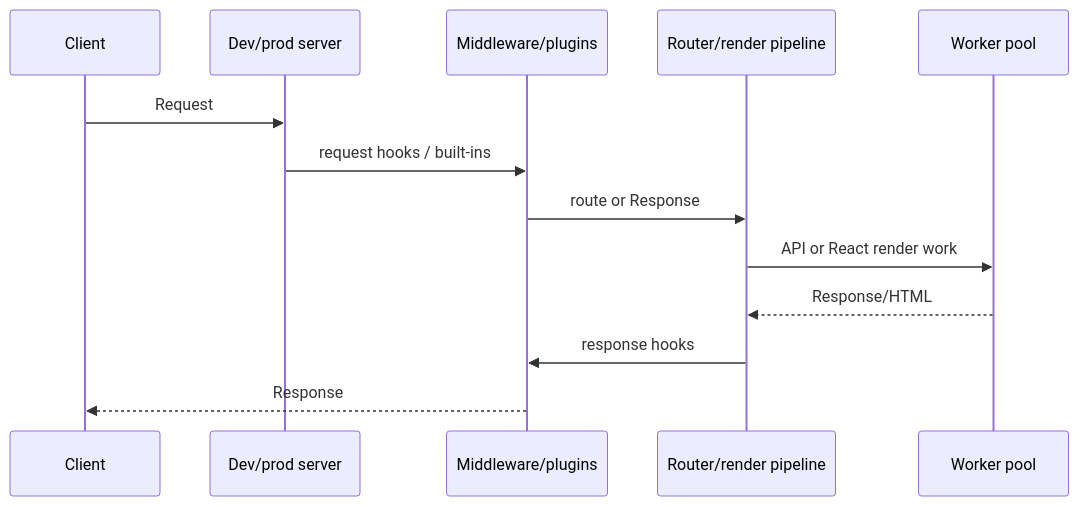
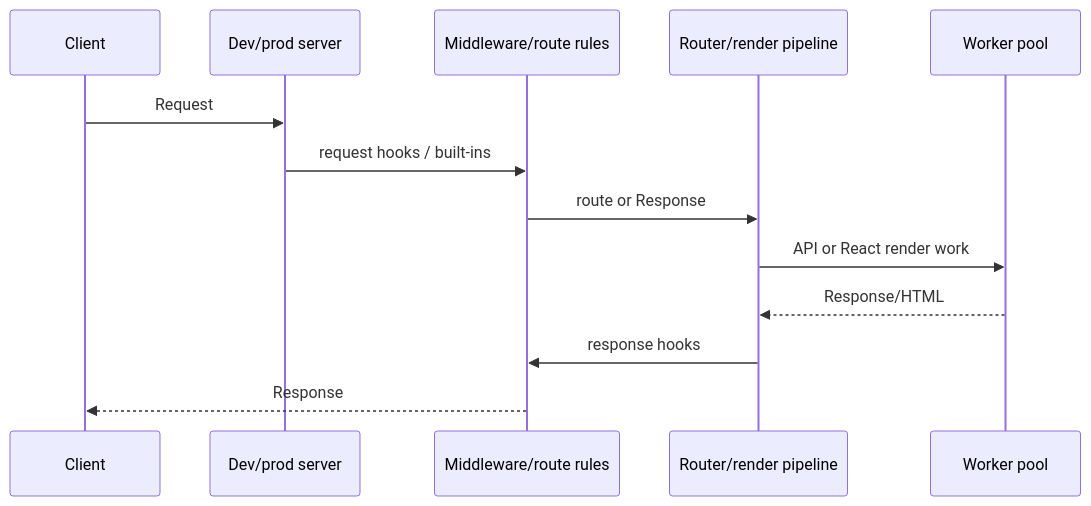
One commit to thirawat27/Ruvyxa changed the second of 2 diagrams in docs/en/11-architecture.md. Above: the diagram before and after it, drawn with Mermaid. The commit also changed other lines of this file and 234 other files, not shown here.

First line of the commit message:
refactor: migrate from plugins architecture to config-driven workers and route rules

````diff
--- a/docs/en/11-architecture.md
+++ b/docs/en/11-architecture.md
@@ -39,15 +39,15 @@
 ```mermaid
 sequenceDiagram
   participant C as Client
   participant S as Dev/prod server
-  participant M as Middleware/plugins
+  participant M as Middleware/route rules
   participant R as Router/render pipeline
   participant W as Worker pool
   C->>S: Request
   S->>M: request hooks / built-ins
   M->>R: route or Response
   R->>W: API or React render work
   W-->>R: Response/HTML
   R->>M: response hooks
   M-->>C: Response
 ```
````
